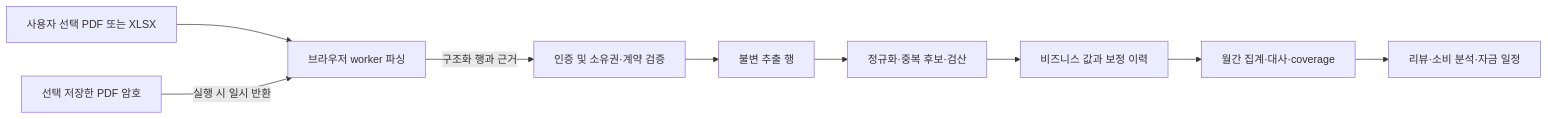
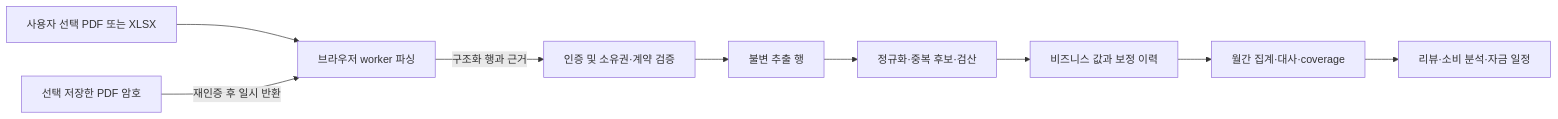
One commit to PIN-devel/innova-platform changed the diagram in services/finance/docs/personal-finance-architecture.md. Above: the diagram before and after it, drawn with Mermaid. The commit also changed other lines of this file and 18 other files, not shown here.

````diff
--- a/services/finance/docs/personal-finance-architecture.md
+++ b/services/finance/docs/personal-finance-architecture.md
@@ -25,11 +7,11 @@
 ```mermaid
 flowchart LR
   File[사용자 선택 PDF 또는 XLSX] --> Worker[브라우저 worker 파싱]
-  Secret[선택 저장한 PDF 암호] -->|실행 시 일시 반환| Worker
+  Secret[선택 저장한 PDF 암호] -->|재인증 후 일시 반환| Worker
   Worker -->|구조화 행과 근거| API[인증 및 소유권·계약 검증]
   API --> Raw[불변 추출 행]
   Raw --> Normalize[정규화·중복 후보·검산]
   Normalize --> Business[비즈니스 값과 보정 이력]
   Business --> Compute[월간 집계·대사·coverage]
   Compute --> View[리뷰·소비 분석·자금 일정]
 ```
````
